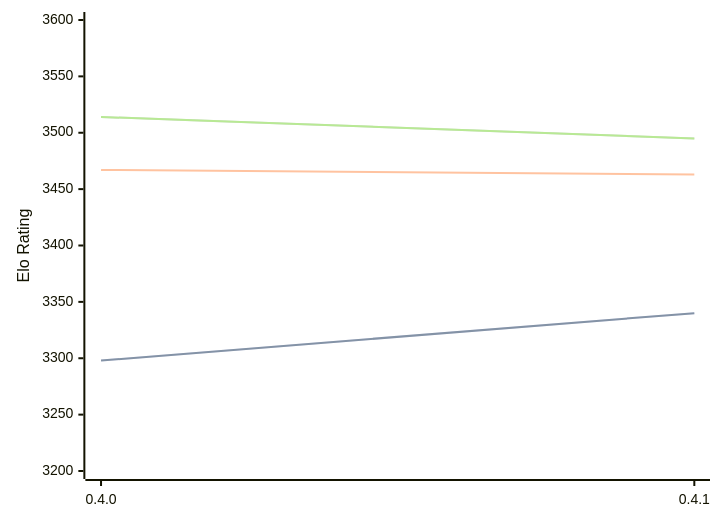
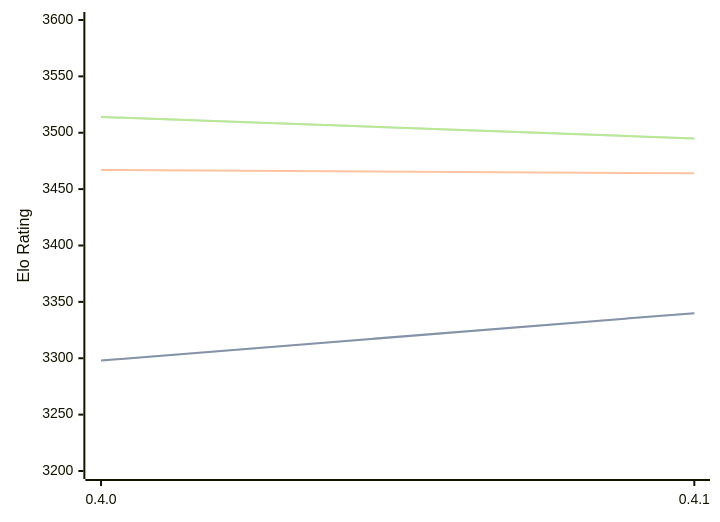
Before and after one commit to computer-chess-index/cci: the first of 3 diagrams in engines/Cinder.md, drawn with Mermaid. The commit also changed other lines of this file, not shown here.

````diff
--- a/engines/Cinder.md
+++ b/engines/Cinder.md
@@ -40,11 +40,11 @@
 ```mermaid
 %%{init: {"theme":"base","themeVariables":{"seriesColors:['#a3a3a3','#222221','#faa371']}}}%%
 xychart-beta
   x-axis ["0.4.0", "0.4.1"]
   y-axis "Elo Rating" 3200 --> 3600
   line "STC (8.0+0.08s)" [3298, 3340]
   line "STC (8.0+0.08s)" [3298, 3340]
-  line "LTC (60.0+0.60s)" [3467, 3463]
+  line "LTC (60.0+0.60s)" [3467, 3464]
   line "VLTC (2m24s+1.12s)" [3514, 3495]
   line "VLTC (2m24s+1.12s)" [3514, 3495]
 ```
````
